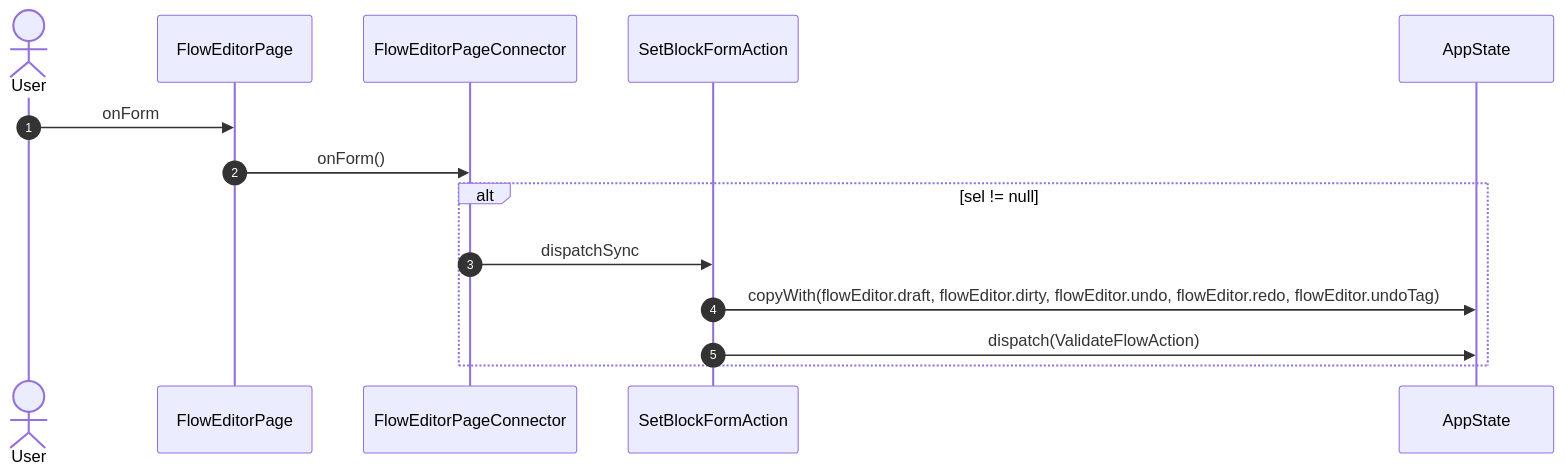
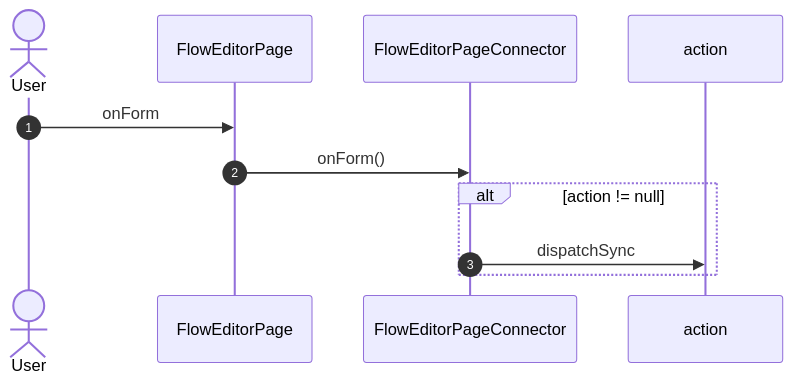
Diagram 14 of 41 in studio/docs/flows/flowEditor.md (gencto/wyrm), drawn with Mermaid before and after one commit. The commit also changed other lines of this file and 19 other files, not shown here.

First line of the commit message:
studio: flow editor: questions keyed by what answers them; a connector under 400 lines

````diff
--- a/studio/docs/flows/flowEditor.md
+++ b/studio/docs/flows/flowEditor.md
@@ -133,17 +235,14 @@
 ```mermaid
 sequenceDiagram
     autonumber
     actor User
     participant UI as FlowEditorPage
     participant VM as FlowEditorPageConnector
-    participant A1 as SetBlockFormAction
-    participant ST as AppState
+    participant A1 as action
 
     User->>UI: onForm
     UI->>VM: onForm()
-    alt sel != null
+    alt action != null
         VM->>A1: dispatchSync
-        A1->>ST: copyWith(flowEditor.draft, flowEditor.dirty, flowEditor.undo, flowEditor.redo, flowEditor.undoTag)
-        A1->>ST: dispatch(ValidateFlowAction)
     end
 ```
````
